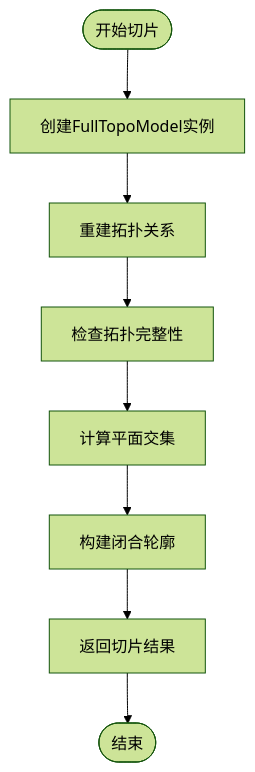
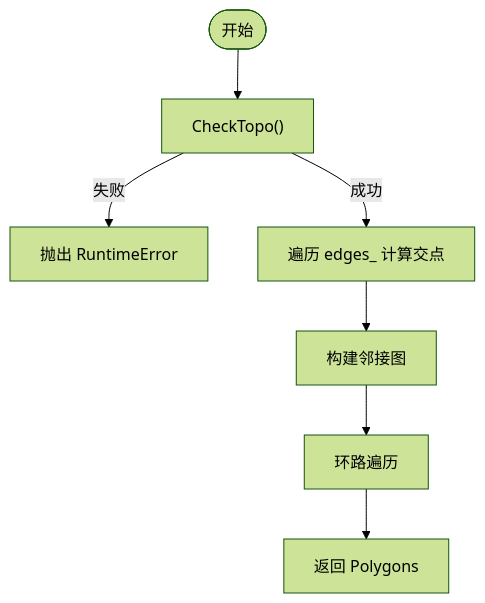
One commit to hsmbanlance/HsBaSlicer changed the seventh of 13 diagrams in .qoder/repowiki/zh/content/核心模块详解/切片引擎.md. Above: the diagram before and after it, drawn with Mermaid (forest theme). The commit also changed other lines of this file and 703 other files, not shown here.

````diff
--- a/.qoder/repowiki/zh/content/核心模块详解/切片引擎.md
+++ b/.qoder/repowiki/zh/content/核心模块详解/切片引擎.md
@@ -64,10 +301,9 @@
 ```mermaid
 flowchart TD
-Start([开始切片]) --> CreateModel["创建FullTopoModel实例"]
-CreateModel --> RebuildTopo["重建拓扑关系"]
-RebuildTopo --> CheckTopo["检查拓扑完整性"]
-CheckTopo --> Intersect["计算平面交集"]
-Intersect --> BuildLoops["构建闭合轮廓"]
-BuildLoops --> ReturnResult["返回切片结果"]
-ReturnResult --> End([结束])
+Start(["开始"]) --> CheckTopo["CheckTopo()"]
+CheckTopo --> |失败| Throw["抛出 RuntimeError"]
+CheckTopo --> |成功| EdgeIntersect["遍历 edges_ 计算交点"]
+EdgeIntersect --> BuildAdj["构建邻接图"]
+BuildAdj --> Traverse["环路遍历"]
+Traverse --> Result["返回 Polygons"]
 ```
````
